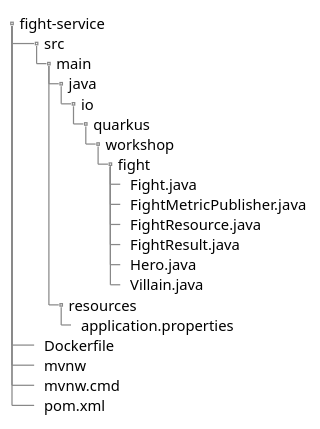
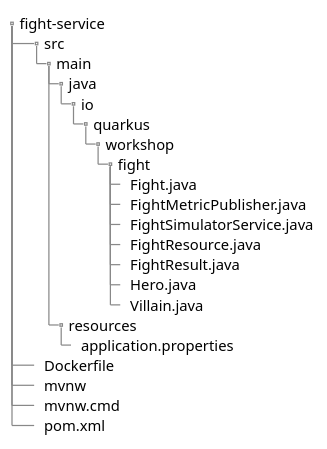
One commit to cescoffier/quarkus-openshift-workshop changed the diagram in docs/docs/diagrams/fight-directory-structure.puml. Above: the diagram before and after it, drawn with PlantUML. The commit also changed 10 other files, not shown here.

```diff
--- a/docs/docs/diagrams/fight-directory-structure.puml
+++ b/docs/docs/diagrams/fight-directory-structure.puml
@@ -1,27 +1,28 @@
 @startsalt
 {
 {
 T
 fight-service
 ++  src
 +++  main
 ++++  java
 +++++  io
 ++++++  quarkus
 +++++++  workshop
 ++++++++  fight
 +++++++++  Fight.java
 +++++++++  FightMetricPublisher.java
++++++++++  FightSimulatorService.java
 +++++++++  FightResource.java
 +++++++++  FightResult.java
 +++++++++  Hero.java
 +++++++++  Villain.java
 ++++  resources
 +++++  application.properties
 ++ Dockerfile
 ++ mvnw
 ++ mvnw.cmd
 ++ pom.xml
 }
 }
 @endsalt
```
